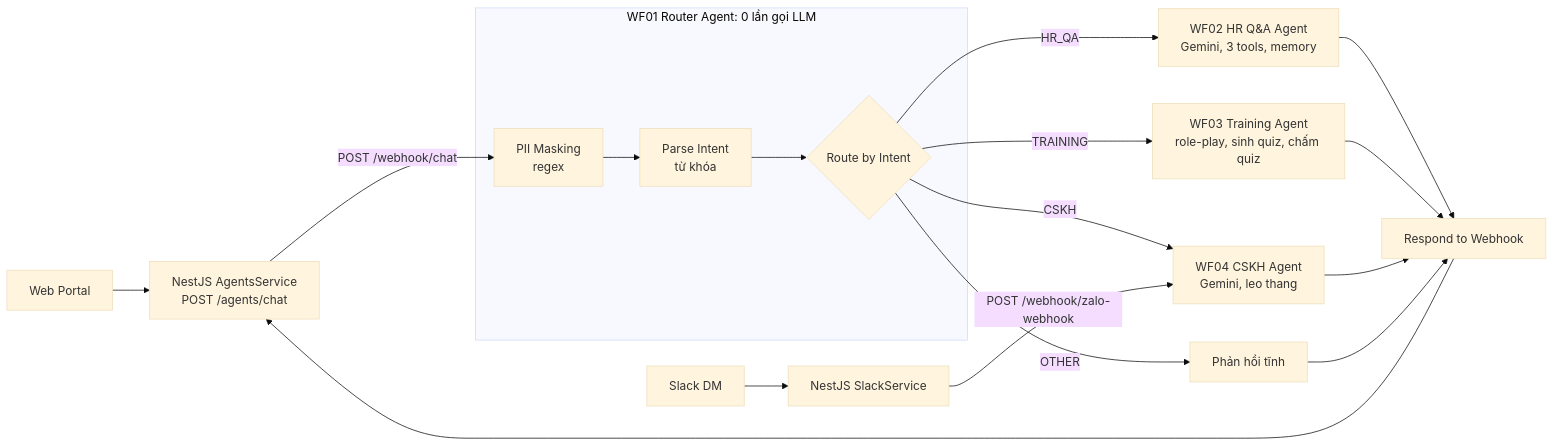
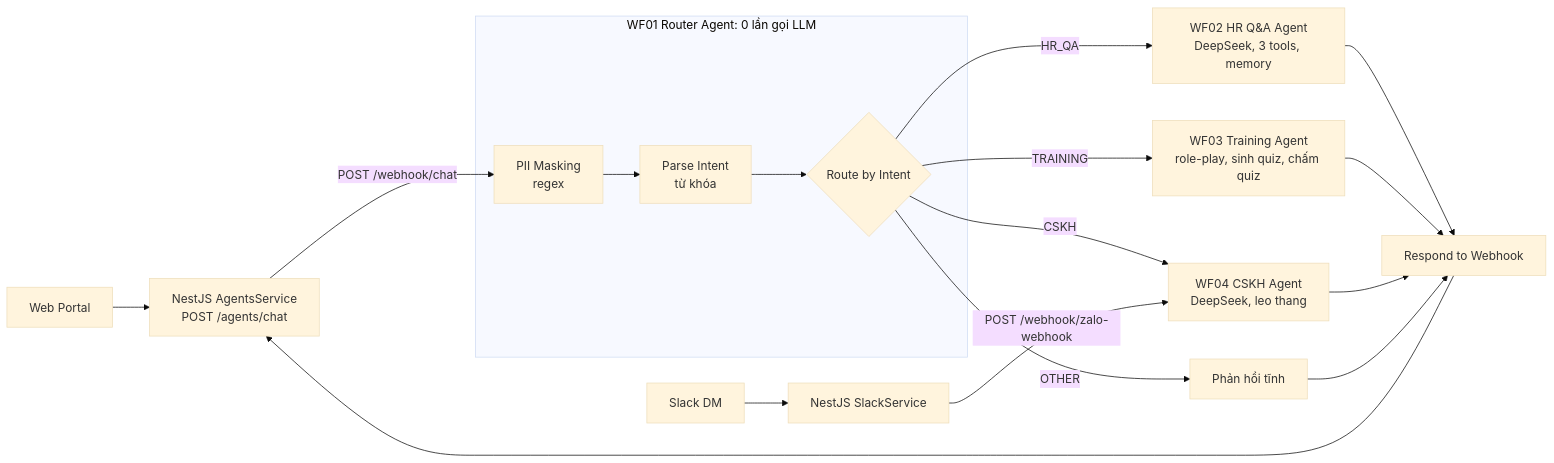
Before and after one commit to NguyenDang182005/khoa-luan: the diagram in docs/diagrams/H3-03-multi-agent.mmd, drawn with Mermaid (base theme). The commit also changed 306 other files, not shown here.

```diff
--- a/docs/diagrams/H3-03-multi-agent.mmd
+++ b/docs/diagrams/H3-03-multi-agent.mmd
@@ -1,13 +1,13 @@
 flowchart LR
   WP["Web Portal"] --> AS["NestJS AgentsService<br/>POST /agents/chat"]
   SD["Slack DM"] --> SS["NestJS SlackService"]
   AS -->|"POST /webhook/chat"| M
   subgraph W1["WF01 Router Agent: 0 lần gọi LLM"]
     M["PII Masking<br/>regex"] --> I["Parse Intent<br/>từ khóa"] --> SW{"Route by Intent"}
   end
-  SW -->|"HR_QA"| W2["WF02 HR Q&A Agent<br/>Gemini, 3 tools, memory"]
+  SW -->|"HR_QA"| W2["WF02 HR Q&A Agent<br/>DeepSeek, 3 tools, memory"]
   SW -->|"TRAINING"| W3["WF03 Training Agent<br/>role-play, sinh quiz, chấm quiz"]
-  SW -->|"CSKH"| W4["WF04 CSKH Agent<br/>Gemini, leo thang"]
+  SW -->|"CSKH"| W4["WF04 CSKH Agent<br/>DeepSeek, leo thang"]
   SW -->|"OTHER"| ST["Phản hồi tĩnh"]
   SS -->|"POST /webhook/zalo-webhook"| W4
   W2 & W3 & W4 & ST --> R["Respond to Webhook"] --> AS
```
